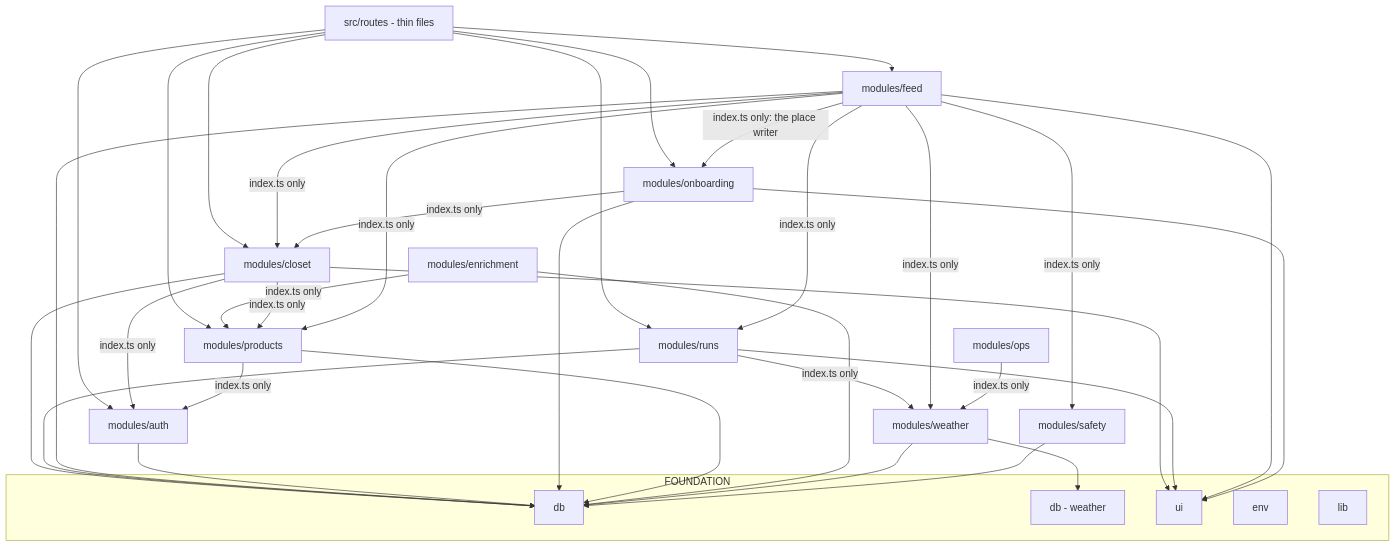
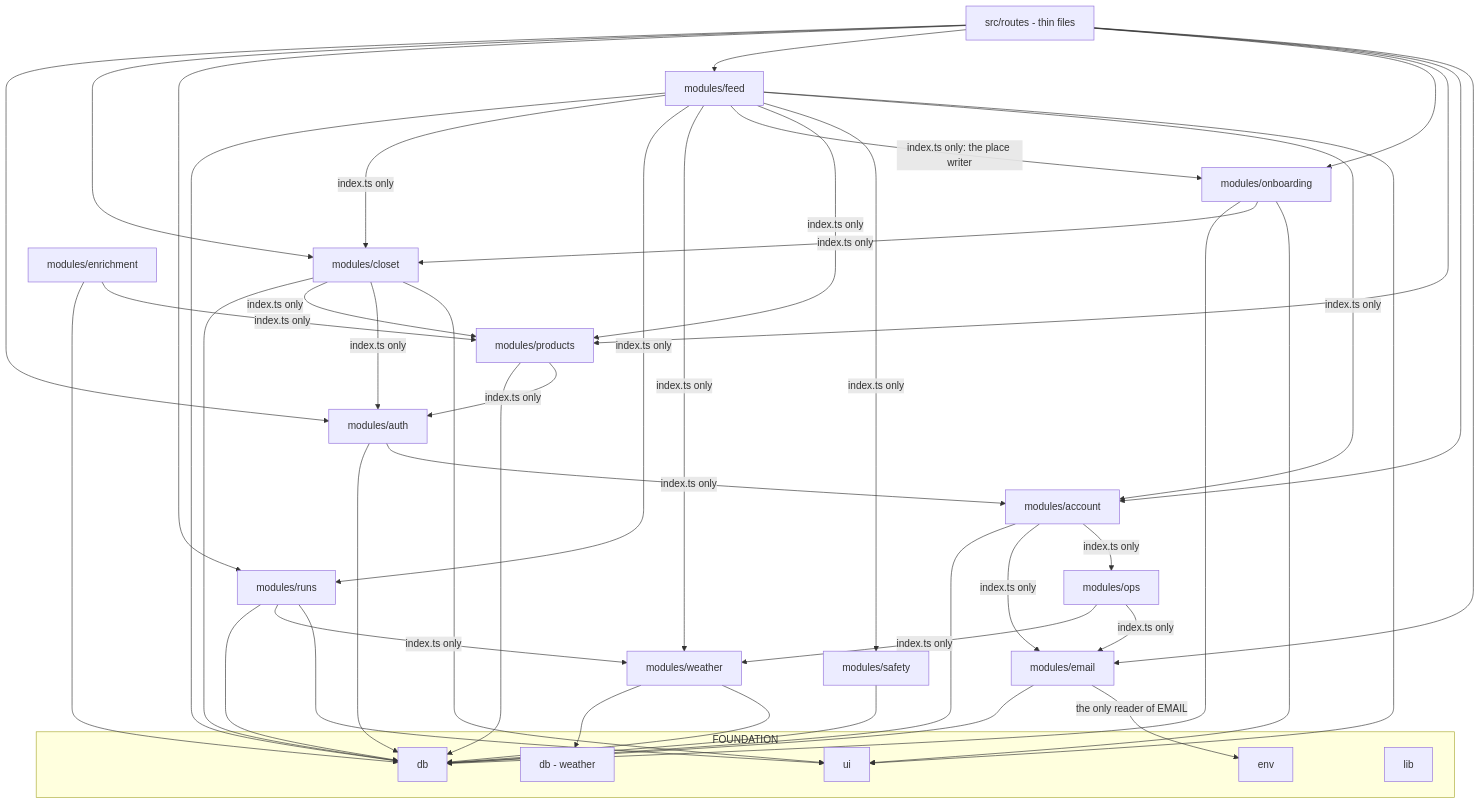
The second of 4 diagrams in docs/architecture.md (ddteeter/dialed.run), drawn with Mermaid before and after one commit. The commit also changed other lines of this file and 142 other files, not shown here.

````diff
--- a/docs/architecture.md
+++ b/docs/architecture.md
@@ -132,47 +132,57 @@
 ```mermaid
 flowchart TD
     ROUTES[src/routes - thin files] --> AUTH[modules/auth]
     ROUTES --> CLOSET[modules/closet]
     ROUTES --> RUNS[modules/runs]
     ROUTES --> FEED[modules/feed]
     ROUTES --> ONB[modules/onboarding]
     ROUTES --> PROD[modules/products]
 
     CLOSET --> DB[db]
     RUNS --> DB
     FEED --> DB
     AUTH --> DB
     ONB --> DB
     PROD --> DB
     ENR[modules/enrichment] --> DB
     ENR -->|index.ts only| PROD
     WX[modules/weather] --> DBW[db - weather]
     WX --> DB
 
     RUNS -->|index.ts only| WX
     FEED -->|index.ts only| CLOSET
     FEED -->|index.ts only| RUNS
     FEED -->|index.ts only| WX
     ONB -->|index.ts only| CLOSET
     FEED -->|index.ts only: the place writer| ONB
     CLOSET -->|index.ts only| PROD
     FEED -->|index.ts only| PROD
     OPS[modules/ops] -->|index.ts only| WX
     SAFE[modules/safety] --> DB
     FEED -->|index.ts only| SAFE
     CLOSET -->|index.ts only| AUTH
     PROD -->|index.ts only| AUTH
+    ROUTES --> ACCT[modules/account]
+    ROUTES --> MAIL[modules/email]
+    ACCT --> DB
+    MAIL --> DB
+    MAIL -->|the only reader of EMAIL| ENV
+    AUTH -->|index.ts only| ACCT
+    ACCT -->|index.ts only| MAIL
+    ACCT -->|index.ts only| OPS
+    OPS -->|index.ts only| MAIL
+    FEED -->|index.ts only| ACCT
 
     CLOSET --> UI[ui]
     RUNS --> UI
     FEED --> UI
     ONB --> UI
 
     subgraph FOUNDATION
         DB
         DBW
         UI
         ENV[env]
         LIB[lib]
     end
 ```
````
